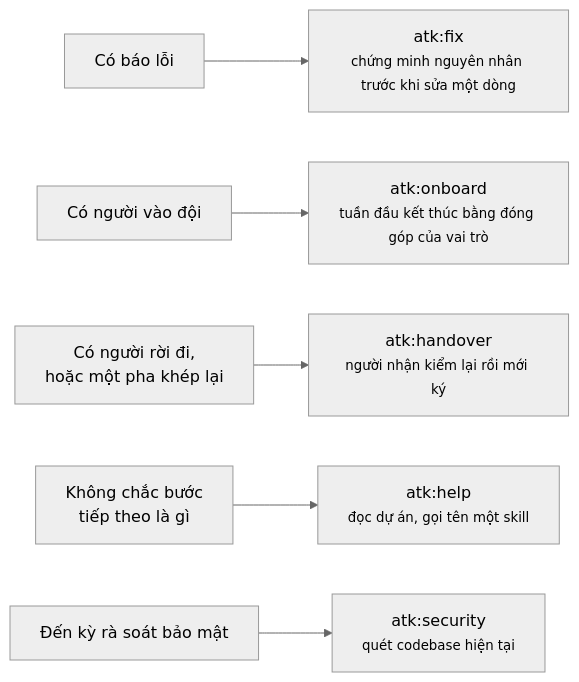
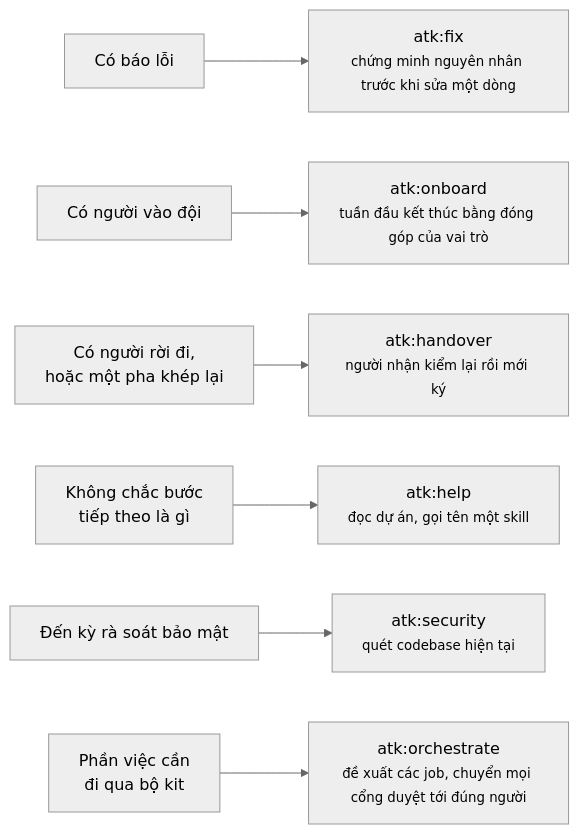
One commit to lamngockhuong/aiteamkit changed the third of 3 diagrams in docs/vi/flow/project-flow.md. Above: the diagram before and after it, drawn with Mermaid (neutral theme). The commit also changed other lines of this file and 49 other files, not shown here.

First line of the commit message:
feat: add atk:orchestrate, which proposes and runs the atk jobs each piece of work still needs (#122)

````diff
--- a/docs/vi/flow/project-flow.md
+++ b/docs/vi/flow/project-flow.md
@@ -165,8 +166,9 @@
 ```mermaid
 flowchart LR
     X1["Có báo lỗi"] --> X2["atk:fix<br/><small>chứng minh nguyên nhân trước khi sửa một dòng</small>"]
     X3["Có người vào đội"] --> X4["atk:onboard<br/><small>tuần đầu kết thúc bằng đóng góp của vai trò</small>"]
     X5["Có người rời đi,<br/>hoặc một pha khép lại"] --> X6["atk:handover<br/><small>người nhận kiểm lại rồi mới ký</small>"]
     X7["Không chắc bước<br/>tiếp theo là gì"] --> X8["atk:help<br/><small>đọc dự án, gọi tên một skill</small>"]
     X9["Đến kỳ rà soát bảo mật"] --> X10["atk:security<br/><small>quét codebase hiện tại</small>"]
+    X11["Phần việc cần<br/>đi qua bộ kit"] --> X12["atk:orchestrate<br/><small>đề xuất các job, chuyển mọi cổng duyệt tới đúng người</small>"]
 ```
````
